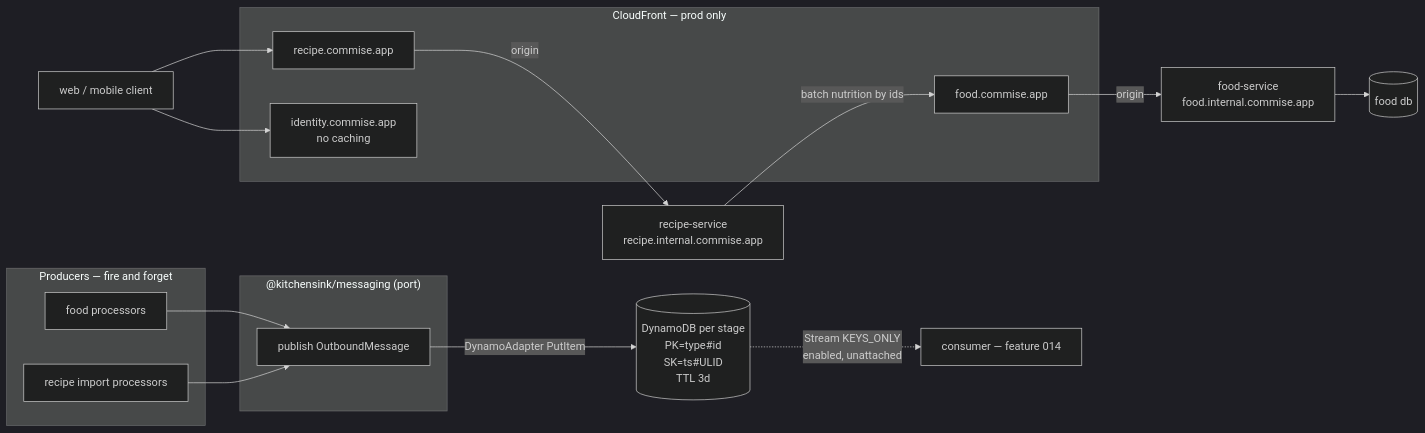
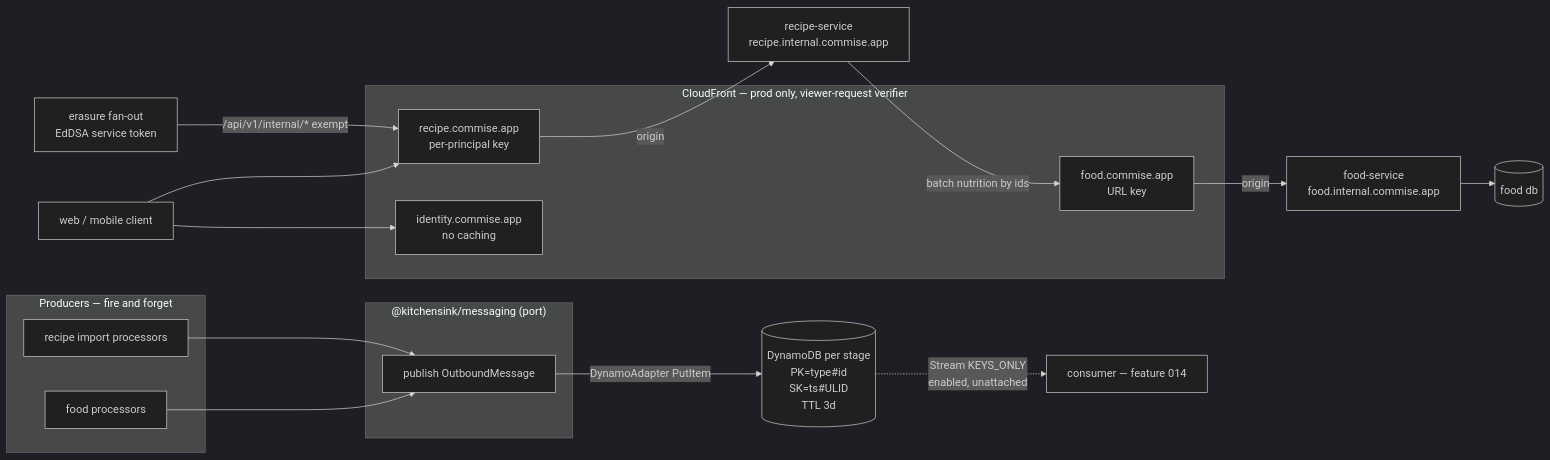
One commit to radicle-co/KitchenSink changed the diagram in docs/plans/2026-08-15-001-feat-pr91-foundation-hardening-plan.md. Above: the diagram before and after it, drawn with Mermaid (dark theme). The commit also changed other lines of this file, not shown here.

First line of the commit message:
docs(plan): fix two p0s the second review found in the edge design

````diff
--- a/docs/plans/2026-08-15-001-feat-pr91-foundation-hardening-plan.md
+++ b/docs/plans/2026-08-15-001-feat-pr91-foundation-hardening-plan.md
@@ -160,26 +246,27 @@
 ```mermaid
 flowchart LR
     subgraph producers[Producers — fire and forget]
         FW[food processors]
         RW[recipe import processors]
     end
     subgraph port["@kitchensink/messaging (port)"]
         P[publish OutboundMessage]
     end
     FW --> P
     RW --> P
     P -->|DynamoAdapter PutItem| T[(DynamoDB per stage<br/>PK=type#id<br/>SK=ts#ULID<br/>TTL 3d)]
     T -.->|Stream KEYS_ONLY<br/>enabled, unattached| F014[consumer — feature 014]
 
-    subgraph edge[CloudFront — prod only]
-        CFF[food.commise.app]
-        CFR[recipe.commise.app]
-        CFI[identity.commise.app<br/>no caching]
+    C[web / mobile client] --> CFR
+    subgraph edge["CloudFront — prod only, viewer-request verifier"]
+        CFR["recipe.commise.app<br/>per-principal key"]
+        CFF["food.commise.app<br/>URL key"]
+        CFI["identity.commise.app<br/>no caching"]
     end
-    C[web / mobile client] --> CFR
     CFR -->|origin| RS[recipe-service<br/>recipe.internal.commise.app]
     RS -->|batch nutrition by ids| CFF
     CFF -->|origin| FS[food-service<br/>food.internal.commise.app]
     FS --> FDB[(food db)]
     C --> CFI
+    EW[erasure fan-out<br/>EdDSA service token] -->|/api/v1/internal/* exempt| CFR
 ```
````
